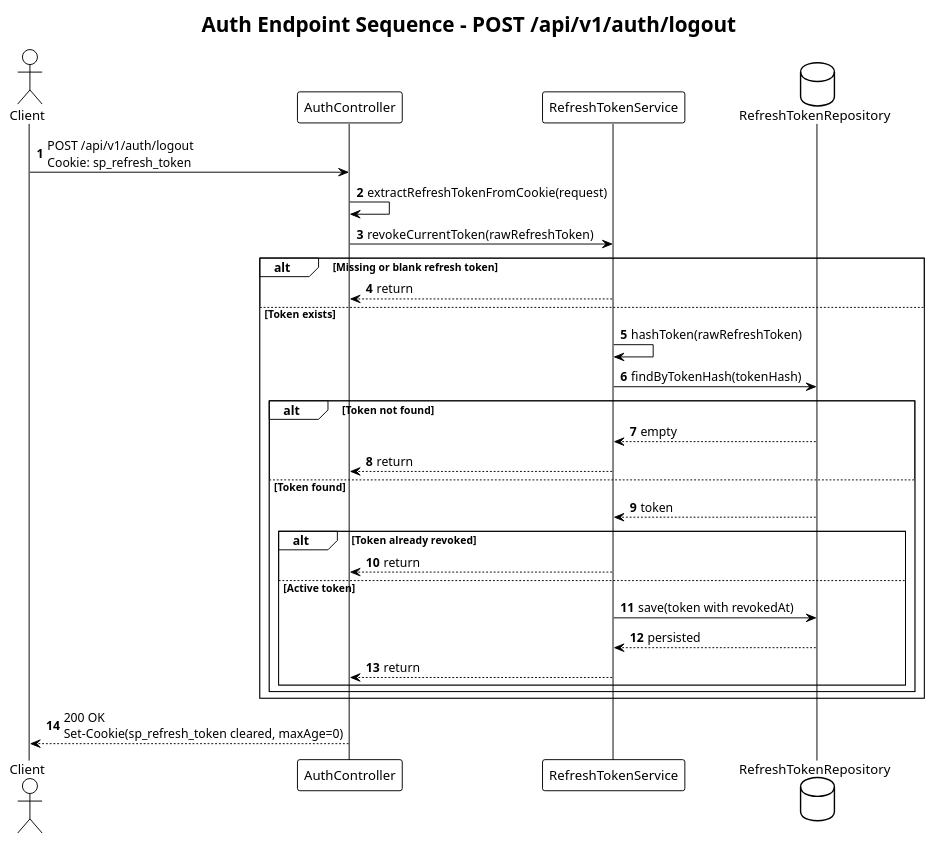
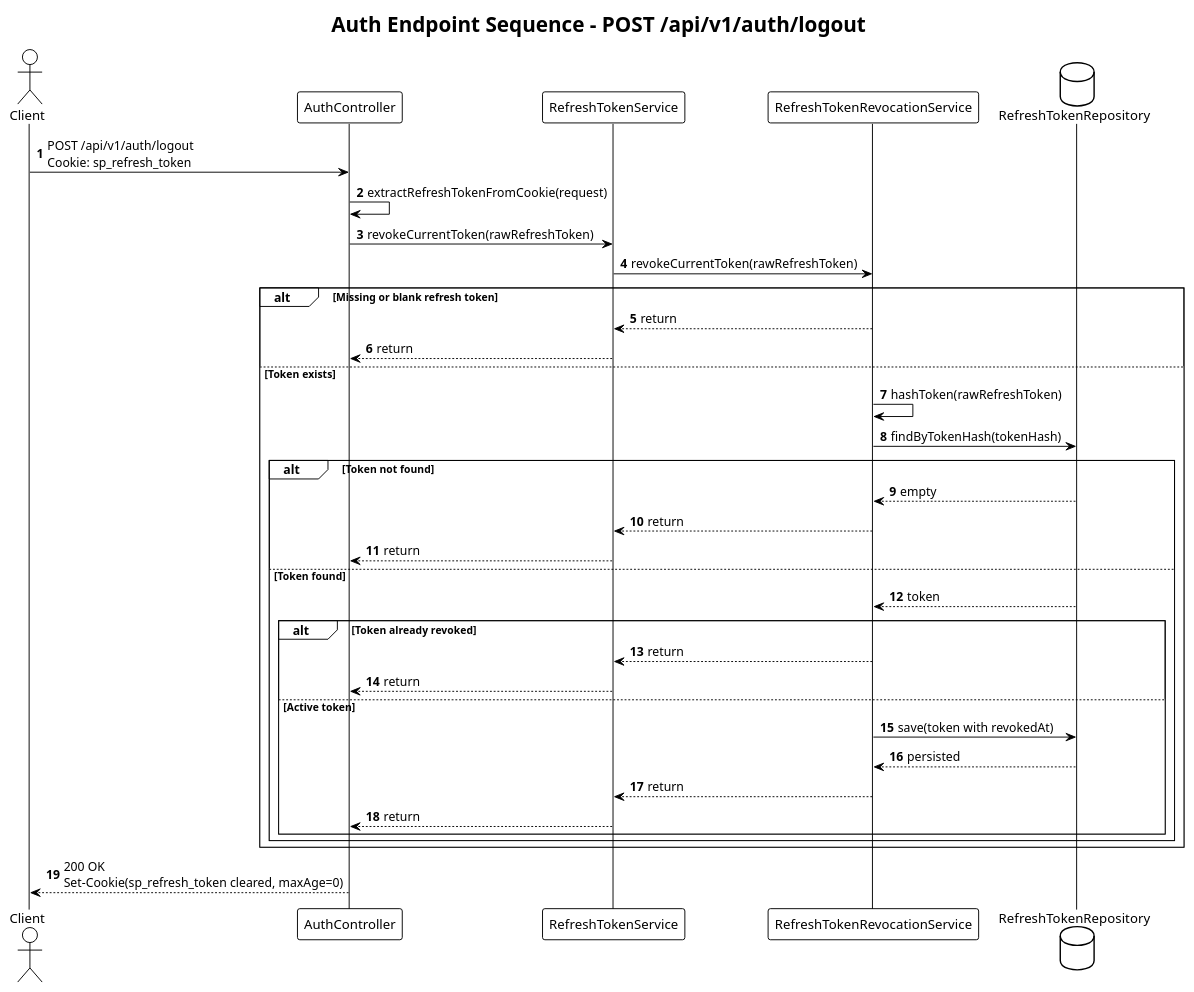
Before and after one commit to DamPhuQuy/Social-Pulse: the diagram in docs/sequence/auth-logout-sequence.puml, drawn with PlantUML. The commit also changed 4 other files, not shown here.

```diff
--- a/docs/sequence/auth-logout-sequence.puml
+++ b/docs/sequence/auth-logout-sequence.puml
@@ -1,41 +1,47 @@
 @startuml
 !theme plain
 
 title Auth Endpoint Sequence - POST /api/v1/auth/logout
 
 autonumber
 
 actor Client
 participant AuthController
 participant RefreshTokenService
+participant RefreshTokenRevocationService
 database RefreshTokenRepository
 
 Client -> AuthController: POST /api/v1/auth/logout\nCookie: sp_refresh_token
 AuthController -> AuthController: extractRefreshTokenFromCookie(request)
 AuthController -> RefreshTokenService: revokeCurrentToken(rawRefreshToken)
+RefreshTokenService -> RefreshTokenRevocationService: revokeCurrentToken(rawRefreshToken)
 
 alt Missing or blank refresh token
+  RefreshTokenRevocationService --> RefreshTokenService: return
   RefreshTokenService --> AuthController: return
 else Token exists
-  RefreshTokenService -> RefreshTokenService: hashToken(rawRefreshToken)
-  RefreshTokenService -> RefreshTokenRepository: findByTokenHash(tokenHash)
+  RefreshTokenRevocationService -> RefreshTokenRevocationService: hashToken(rawRefreshToken)
+  RefreshTokenRevocationService -> RefreshTokenRepository: findByTokenHash(tokenHash)
 
   alt Token not found
-    RefreshTokenRepository --> RefreshTokenService: empty
+    RefreshTokenRepository --> RefreshTokenRevocationService: empty
+    RefreshTokenRevocationService --> RefreshTokenService: return
     RefreshTokenService --> AuthController: return
   else Token found
-    RefreshTokenRepository --> RefreshTokenService: token
+    RefreshTokenRepository --> RefreshTokenRevocationService: token
 
     alt Token already revoked
+      RefreshTokenRevocationService --> RefreshTokenService: return
       RefreshTokenService --> AuthController: return
     else Active token
-      RefreshTokenService -> RefreshTokenRepository: save(token with revokedAt)
-      RefreshTokenRepository --> RefreshTokenService: persisted
+      RefreshTokenRevocationService -> RefreshTokenRepository: save(token with revokedAt)
+      RefreshTokenRepository --> RefreshTokenRevocationService: persisted
+      RefreshTokenRevocationService --> RefreshTokenService: return
       RefreshTokenService --> AuthController: return
     end
   end
 end
 
 AuthController --> Client: 200 OK\nSet-Cookie(sp_refresh_token cleared, maxAge=0)
 
 @enduml
```
